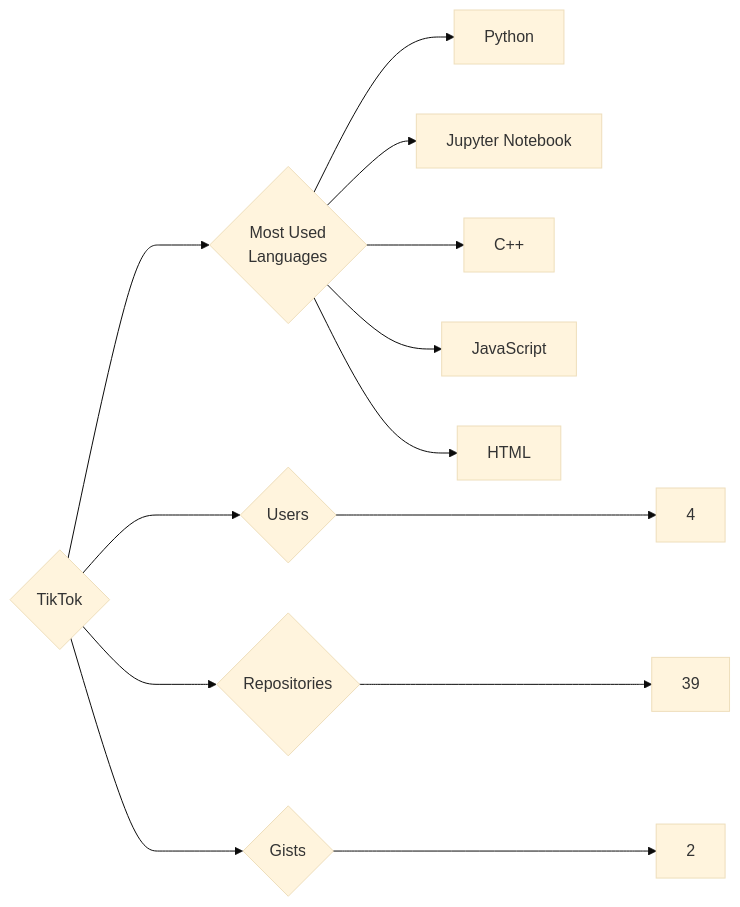
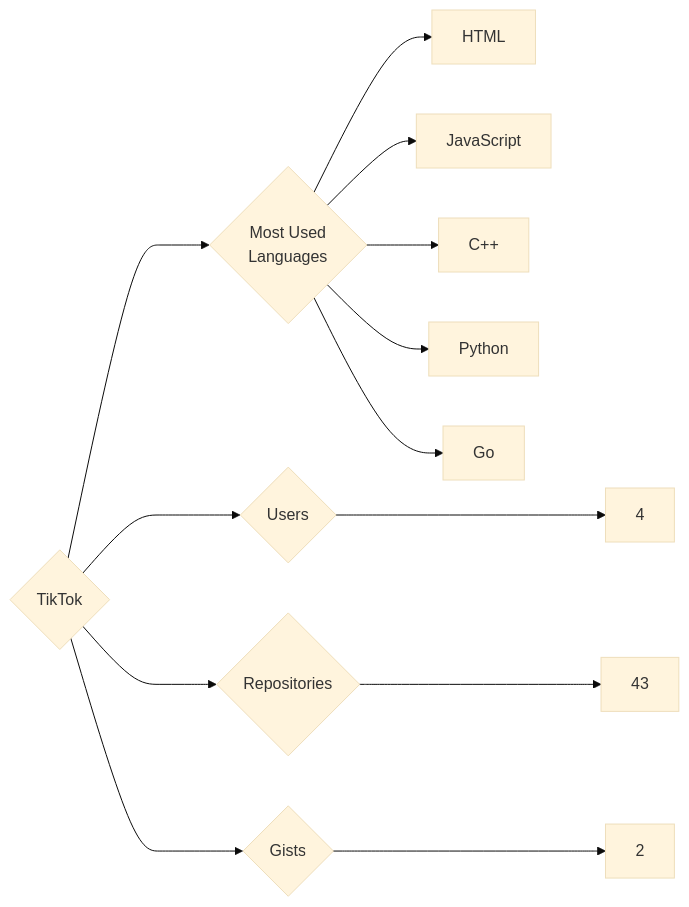
Before and after one commit to trickest/insiders: the diagram in targets/TikTok/README.md, drawn with Mermaid (base theme). The commit also changed 765 other files, not shown here.

````diff
--- a/targets/TikTok/README.md
+++ b/targets/TikTok/README.md
@@ -3,13 +3,13 @@
 ```mermaid
 graph LR
 COMPANY_NAME{TikTok}
 COMPANY_NAME ---> U{Users} ---> UN[4]
-COMPANY_NAME ---> R{Repositories} ---> RN[39]
+COMPANY_NAME ---> R{Repositories} ---> RN[43]
 COMPANY_NAME ---> G{Gists} ---> GN[2]
 COMPANY_NAME ---> ML{Most Used<br>Languages}
+ML --> HTML[HTML]
+ML --> JavaScript[JavaScript]
+ML --> C++[C++]
 ML --> Python[Python]
-ML --> Jupyter_Notebook[Jupyter Notebook]
-ML --> C++[C++]
-ML --> JavaScript[JavaScript]
-ML --> HTML[HTML]
+ML --> Go[Go]
 ```
````
